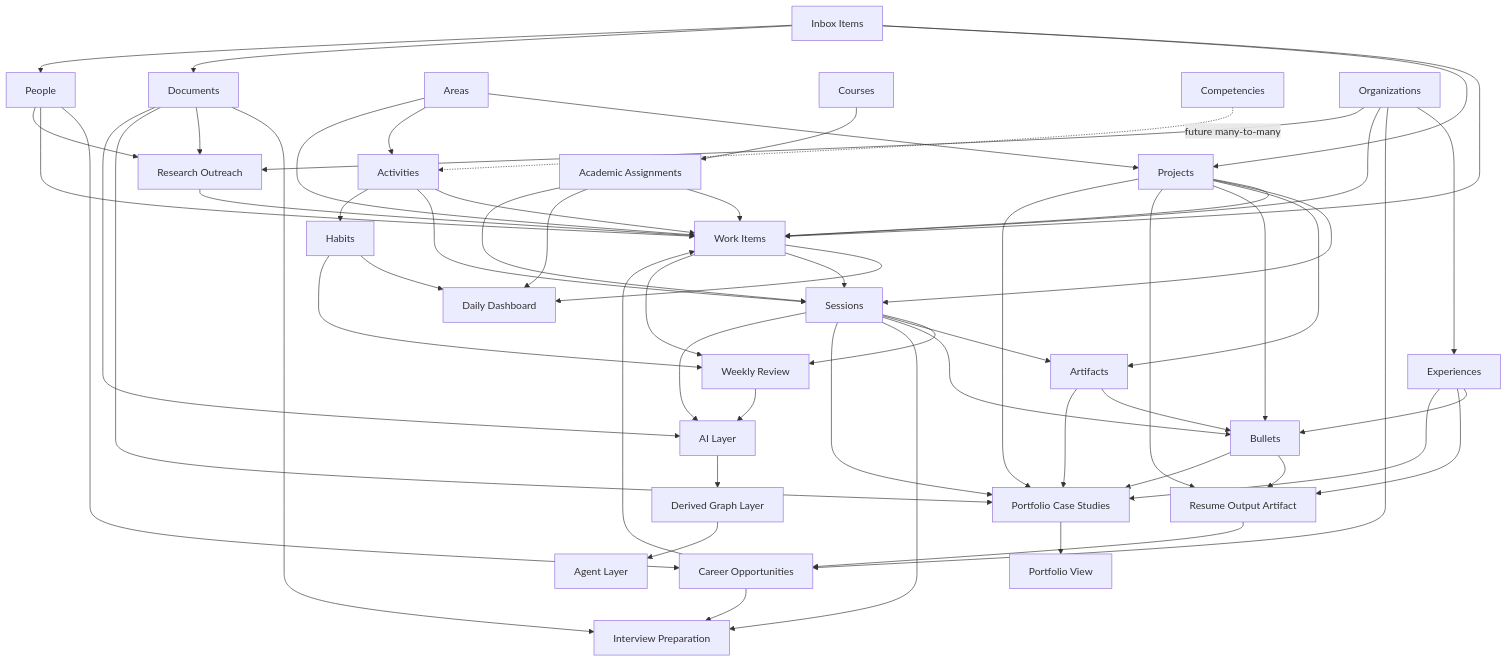
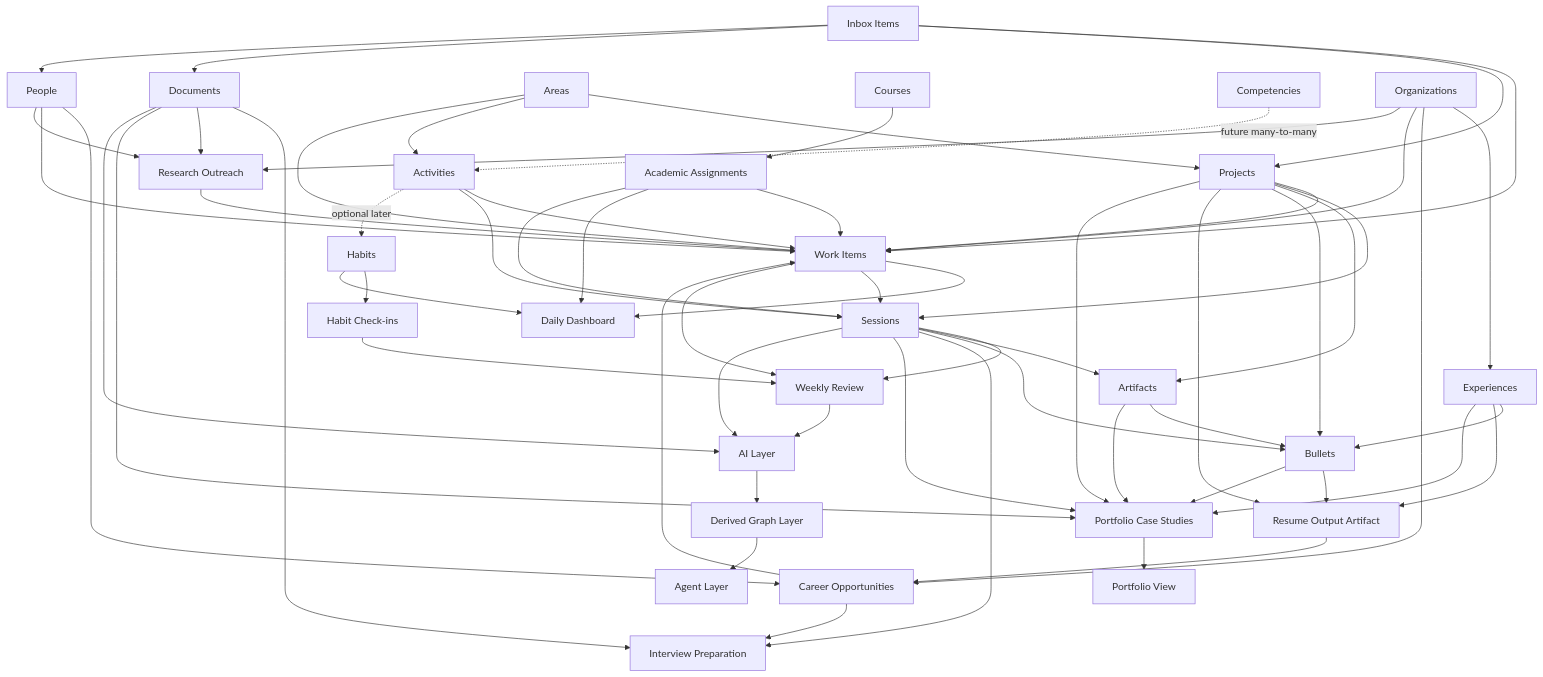
Before and after one commit to Aydinm1/ares: the diagram in docs/architecture.md, drawn with Mermaid. The commit also changed other lines of this file and 30 other files, not shown here.

Commit message:
feat: add weekly habit tracker

````diff
--- a/docs/architecture.md
+++ b/docs/architecture.md
@@ -412,65 +415,66 @@
 ```mermaid
 flowchart TD
   Inbox[Inbox Items] --> WorkItems[Work Items]
   Inbox --> Projects
   Inbox --> Documents
   Inbox --> People
   Areas --> Projects
   Areas --> Activities
   Areas --> WorkItems
   Projects --> WorkItems
   Projects --> Sessions
   Activities --> WorkItems
   Activities --> Sessions
-  Activities --> Habits
+  Activities -. optional later .-> Habits
+  Habits --> HabitCheckIns[Habit Check-ins]
   WorkItems --> DailyDashboard[Daily Dashboard]
   Courses --> AcademicAssignments[Academic Assignments]
   AcademicAssignments --> WorkItems
   AcademicAssignments --> DailyDashboard
   AcademicAssignments --> Sessions
   WorkItems --> Sessions
   Habits --> DailyDashboard
   Sessions --> WeeklyReview[Weekly Review]
   WorkItems --> WeeklyReview
-  Habits --> WeeklyReview
+  HabitCheckIns --> WeeklyReview
   Competencies -. future many-to-many .-> Activities
 
   Organizations --> Experiences
   Organizations --> CareerOpportunities[Career Opportunities]
   People --> CareerOpportunities
   Organizations --> WorkItems
   People --> WorkItems
   CareerOpportunities --> WorkItems
   Sessions --> Artifacts
   Projects --> Artifacts
   Experiences --> Bullets
   Projects --> Bullets
   Sessions --> Bullets
   Artifacts --> Bullets
   Experiences --> ResumeOutput[Resume Output Artifact]
   Projects --> ResumeOutput
   Bullets --> ResumeOutput
   ResumeOutput --> CareerOpportunities
   CareerOpportunities --> InterviewPrep[Interview Preparation]
   Sessions --> InterviewPrep
   Documents --> InterviewPrep
 
   Organizations --> ResearchOutreach[Research Outreach]
   People --> ResearchOutreach
   ResearchOutreach --> WorkItems
   Documents --> ResearchOutreach
 
   Experiences --> PortfolioCaseStudies[Portfolio Case Studies]
   Projects --> PortfolioCaseStudies
   Sessions --> PortfolioCaseStudies
   Artifacts --> PortfolioCaseStudies
   Documents --> PortfolioCaseStudies
   Bullets --> PortfolioCaseStudies
   PortfolioCaseStudies --> Portfolio[Portfolio View]
 
   WeeklyReview --> AILayer[AI Layer]
   Documents --> AILayer
   Sessions --> AILayer
   AILayer --> GraphLayer[Derived Graph Layer]
   GraphLayer --> AgentLayer[Agent Layer]
 ```
````
